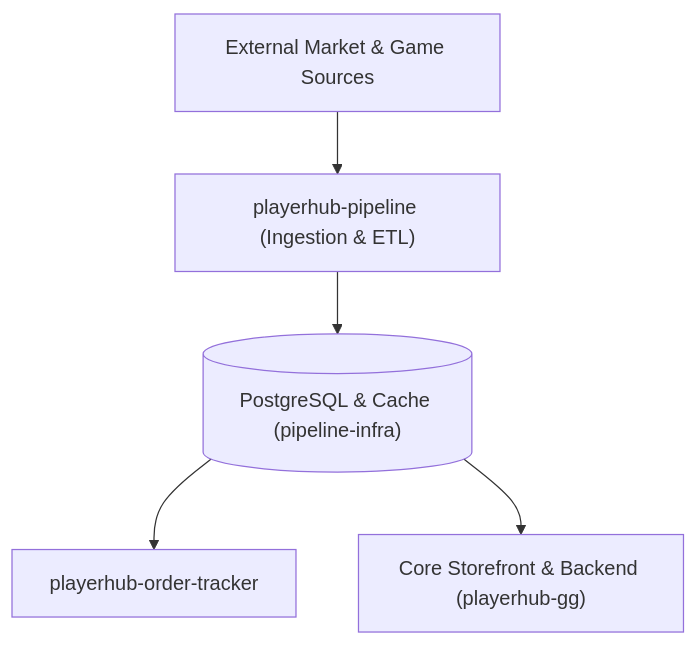
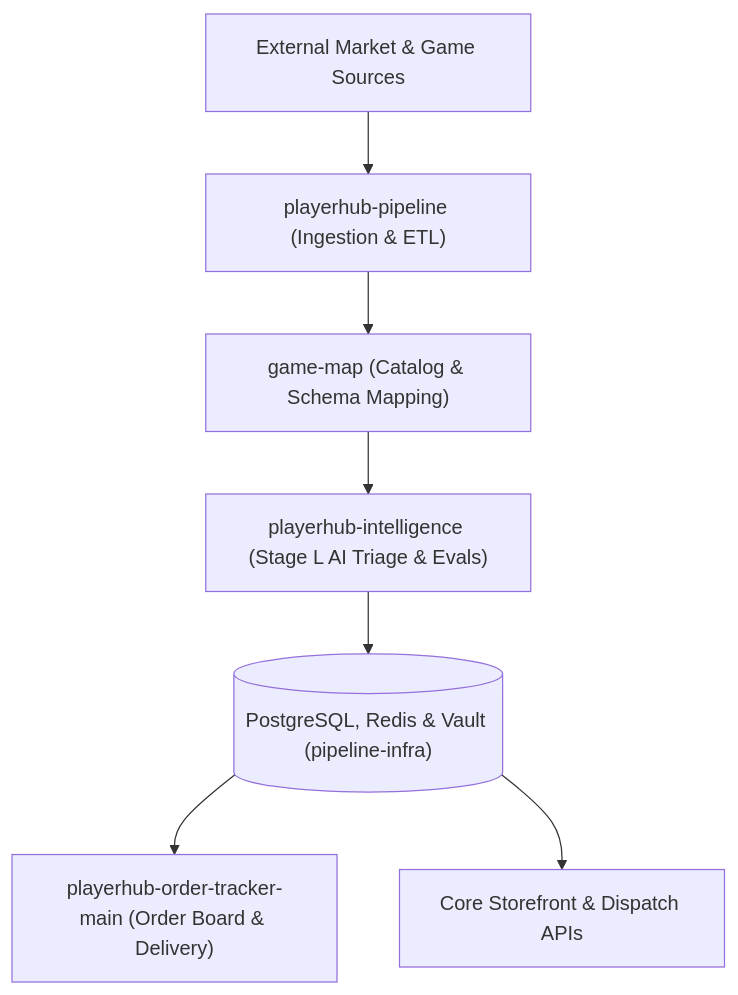
One commit to playerhub-pipeline/.github changed the diagram in profile/README.md. Above: the diagram before and after it, drawn with Mermaid. The commit also changed other lines of this file and 7 other files, not shown here.

````diff
--- a/profile/README.md
+++ b/profile/README.md
@@ -9,7 +9,9 @@
 ```mermaid
 flowchart TD
     Sources["External Market & Game Sources"] --> Ingestion["playerhub-pipeline (Ingestion & ETL)"]
-    Ingestion --> Storage[("PostgreSQL & Cache (pipeline-infra)")]
-    Storage --> Tracking["playerhub-order-tracker"]
-    Storage --> APIs["Core Storefront & Backend (playerhub-gg)"]
+    Ingestion --> Mapping["game-map (Catalog & Schema Mapping)"]
+    Mapping --> Intelligence["playerhub-intelligence (Stage L AI Triage & Evals)"]
+    Intelligence --> Storage[("PostgreSQL, Redis & Vault (pipeline-infra)")]
+    Storage --> Tracking["playerhub-order-tracker-main (Order Board & Delivery)"]
+    Storage --> Storefront["Core Storefront & Dispatch APIs"]
 ```
````
